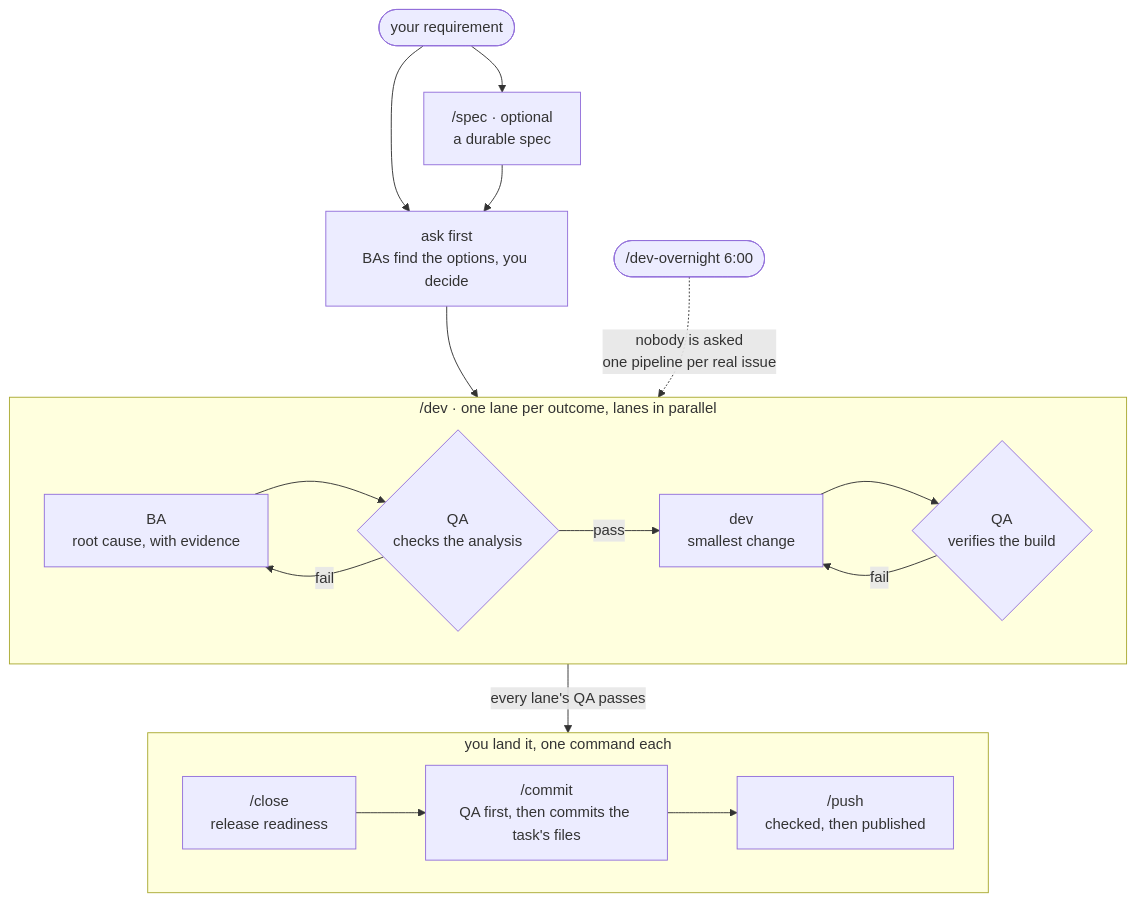
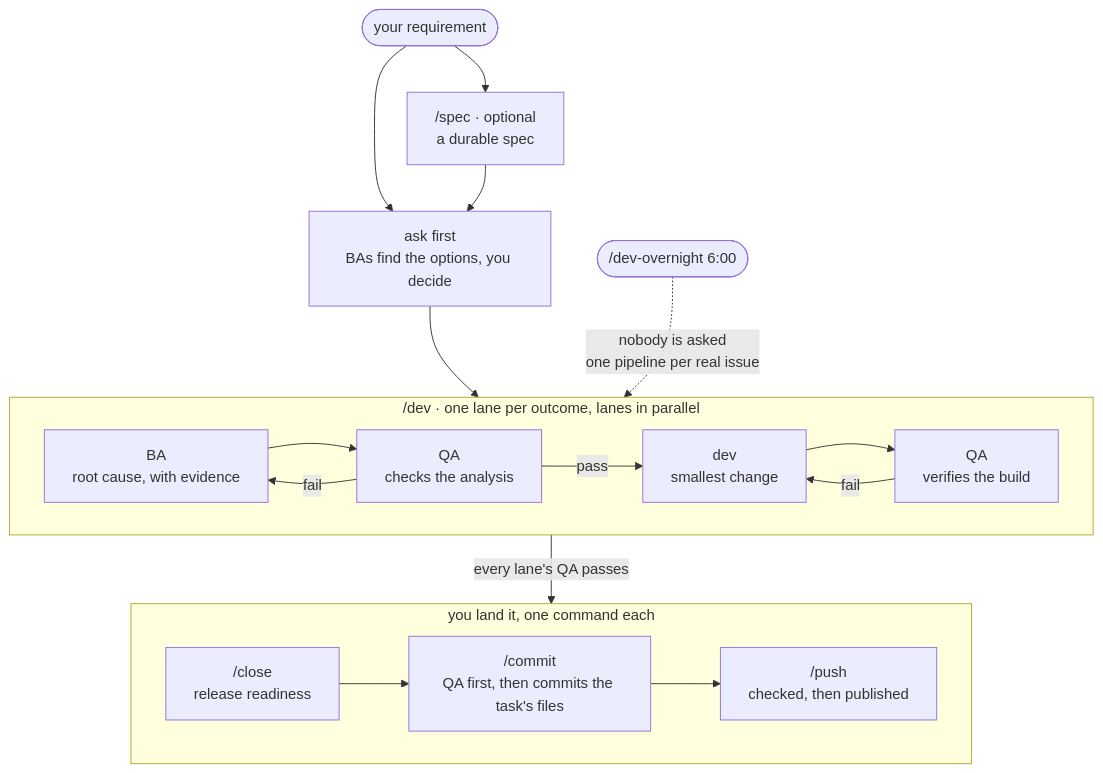
Before and after one commit to Yugoge/awesome-claude-harness: the first of 2 diagrams in README.md, drawn with Mermaid. The commit also changed other lines of this file and 2 other files, not shown here.

````diff
--- a/README.md
+++ b/README.md
@@ -97,19 +97,20 @@
 ```mermaid
 flowchart TD
     subgraph LANE["/dev · one lane per outcome, lanes in parallel"]
-        BA["BA<br/>root cause, with evidence"] --> QA1{"QA<br/>checks the analysis"}
+        BA["BA<br/>root cause, with evidence"] --> QA1["QA<br/>checks the analysis"]
         QA1 -->|fail| BA
         QA1 -->|pass| DEV["dev<br/>smallest change"]
-        DEV --> QA2{"QA<br/>verifies the build"}
+        DEV --> QA2["QA<br/>verifies the build"]
         QA2 -->|fail| DEV
     end
     subgraph LAND["you land it, one command each"]
+        direction LR
         CLOSE["/close<br/>release readiness"] --> COMMIT["/commit<br/>QA first, then commits the task's files"] --> PUSH["/push<br/>checked, then published"]
     end
     REQ(["your requirement"]) --> SPEC["/spec · optional<br/>a durable spec"]
     REQ --> ASK["ask first<br/>BAs find the options, you decide"]
     SPEC --> ASK
     ASK --> LANE
     NIGHT(["/dev-overnight 6:00"]) -.->|"nobody is asked<br/>one pipeline per real issue"| LANE
     LANE -->|"every lane's QA passes"| LAND
 ```
````
